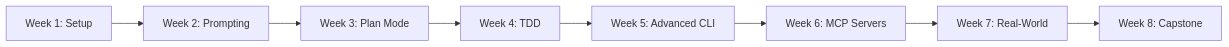
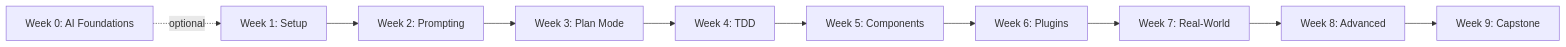
The diagram in courses/ai-101-claude-code/README.md (RealManage/dx-training), drawn with Mermaid before and after one commit. The commit also changed other lines of this file and 164 other files, not shown here.

````diff
--- a/courses/ai-101-claude-code/README.md
+++ b/courses/ai-101-claude-code/README.md
@@ -25,10 +51,12 @@
 ```mermaid
 graph LR
-    A[Week 1: Setup] --> B[Week 2: Prompting]
-    B --> C[Week 3: Plan Mode]
-    C --> D[Week 4: TDD]
-    D --> E[Week 5: Advanced CLI]
-    E --> F[Week 6: MCP Servers]
-    F --> G[Week 7: Real-World]
-    G --> H[Week 8: Capstone]
+    A[Week 0: AI Foundations] -.->|optional| B[Week 1: Setup]
+    B --> C[Week 2: Prompting]
+    C --> D[Week 3: Plan Mode]
+    D --> E[Week 4: TDD]
+    E --> F[Week 5: Components]
+    F --> G[Week 6: Plugins]
+    G --> H[Week 7: Real-World]
+    H --> I[Week 8: Advanced]
+    I --> J[Week 9: Capstone]
 ```
````
